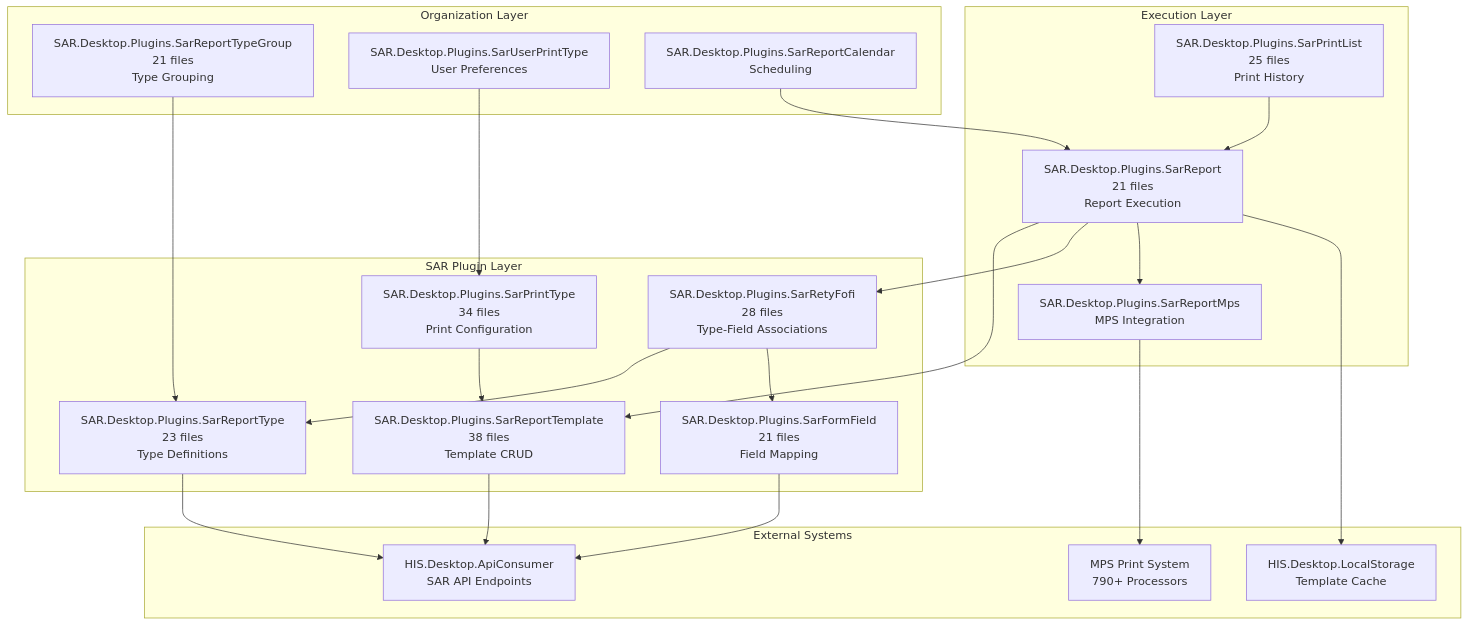
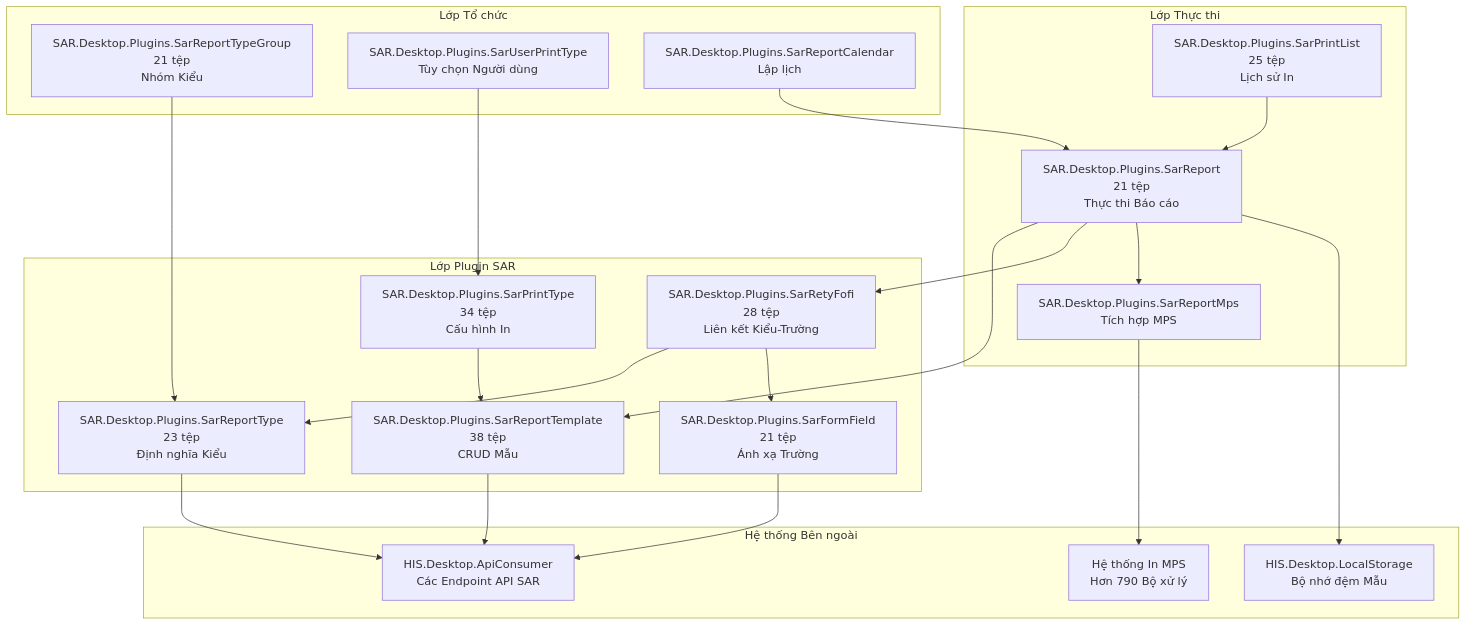
The sixth of 9 diagrams in docs/his-ba-documentation/03-business-domains/laboratory/lis-plugins.md (thangpnb/HIS), drawn with Mermaid before and after one commit. The commit also changed other lines of this file and 30 other files, not shown here.

Commit message:
Refactor architecture docs and update translations

````diff
--- a/docs/his-ba-documentation/03-business-domains/laboratory/lis-plugins.md
+++ b/docs/his-ba-documentation/03-business-domains/laboratory/lis-plugins.md
@@ -640,49 +614,49 @@
 ```mermaid
 graph TB
-    subgraph "SAR Plugin Layer"
-        SarReportTemplate["SAR.Desktop.Plugins.SarReportTemplate<br/>38 files<br/>Template CRUD"]
-        SarReportType["SAR.Desktop.Plugins.SarReportType<br/>23 files<br/>Type Definitions"]
-        SarFormField["SAR.Desktop.Plugins.SarFormField<br/>21 files<br/>Field Mapping"]
-        SarRetyFofi["SAR.Desktop.Plugins.SarRetyFofi<br/>28 files<br/>Type-Field Associations"]
-        SarPrintType["SAR.Desktop.Plugins.SarPrintType<br/>34 files<br/>Print Configuration"]
+    subgraph "Lớp Plugin SAR"
+        SarReportTemplate["SAR.Desktop.Plugins.SarReportTemplate<br/>38 tệp<br/>CRUD Mẫu"]
+        SarReportType["SAR.Desktop.Plugins.SarReportType<br/>23 tệp<br/>Định nghĩa Kiểu"]
+        SarFormField["SAR.Desktop.Plugins.SarFormField<br/>21 tệp<br/>Ánh xạ Trường"]
+        SarRetyFofi["SAR.Desktop.Plugins.SarRetyFofi<br/>28 tệp<br/>Liên kết Kiểu-Trường"]
+        SarPrintType["SAR.Desktop.Plugins.SarPrintType<br/>34 tệp<br/>Cấu hình In"]
     end
     
-    subgraph "Execution Layer"
-        SarReport["SAR.Desktop.Plugins.SarReport<br/>21 files<br/>Report Execution"]
-        SarReportMps["SAR.Desktop.Plugins.SarReportMps<br/>MPS Integration"]
-        SarPrintList["SAR.Desktop.Plugins.SarPrintList<br/>25 files<br/>Print History"]
+    subgraph "Lớp Thực thi"
+        SarReport["SAR.Desktop.Plugins.SarReport<br/>21 tệp<br/>Thực thi Báo cáo"]
+        SarReportMps["SAR.Desktop.Plugins.SarReportMps<br/>Tích hợp MPS"]
+        SarPrintList["SAR.Desktop.Plugins.SarPrintList<br/>25 tệp<br/>Lịch sử In"]
     end
     
-    subgraph "Organization Layer"
-        SarReportTypeGroup["SAR.Desktop.Plugins.SarReportTypeGroup<br/>21 files<br/>Type Grouping"]
-        SarUserPrintType["SAR.Desktop.Plugins.SarUserPrintType<br/>User Preferences"]
-        SarReportCalendar["SAR.Desktop.Plugins.SarReportCalendar<br/>Scheduling"]
+    subgraph "Lớp Tổ chức"
+        SarReportTypeGroup["SAR.Desktop.Plugins.SarReportTypeGroup<br/>21 tệp<br/>Nhóm Kiểu"]
+        SarUserPrintType["SAR.Desktop.Plugins.SarUserPrintType<br/>Tùy chọn Người dùng"]
+        SarReportCalendar["SAR.Desktop.Plugins.SarReportCalendar<br/>Lập lịch"]
     end
     
-    subgraph "External Systems"
-        BackendAPI["HIS.Desktop.ApiConsumer<br/>SAR API Endpoints"]
-        MPS["MPS Print System<br/>790+ Processors"]
-        LocalStorage["HIS.Desktop.LocalStorage<br/>Template Cache"]
+    subgraph "Hệ thống Bên ngoài"
+        BackendAPI["HIS.Desktop.ApiConsumer<br/>Các Endpoint API SAR"]
+        MPS["Hệ thống In MPS<br/>Hơn 790 Bộ xử lý"]
+        LocalStorage["HIS.Desktop.LocalStorage<br/>Bộ nhớ đệm Mẫu"]
     end
     
     SarReportTemplate --> BackendAPI
     SarReportType --> BackendAPI
     SarFormField --> BackendAPI
     
     SarRetyFofi --> SarReportType
     SarRetyFofi --> SarFormField
     SarPrintType --> SarReportTemplate
     
     SarReport --> SarReportTemplate
     SarReport --> SarRetyFofi
     SarReport --> SarReportMps
     
     SarReportMps --> MPS
     SarReport --> LocalStorage
     
     SarReportTypeGroup --> SarReportType
     SarUserPrintType --> SarPrintType
     SarReportCalendar --> SarReport
     
     SarPrintList --> SarReport
 ```
````
